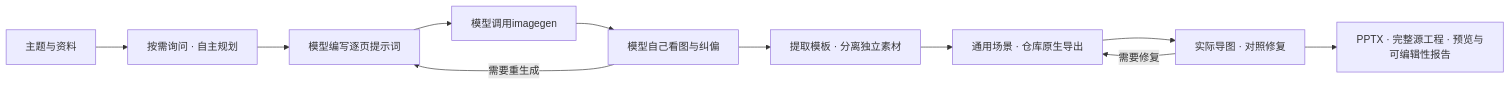
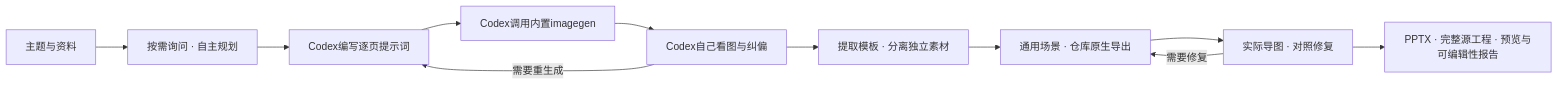
The diagram in README.md (Meyt1n/web-to-editable-slides), drawn with Mermaid before and after one commit. The commit also changed other lines of this file and 11 other files, not shown here.

````diff
--- a/README.md
+++ b/README.md
@@ -27,13 +27,13 @@
 ```mermaid
 flowchart LR
     A[主题与资料] --> B[按需询问 · 自主规划]
-    B --> C[模型编写逐页提示词]
-    C --> D[模型调用imagegen]
-    D --> E[模型自己看图与纠偏]
+    B --> C[Codex编写逐页提示词]
+    C --> D[Codex调用内置imagegen]
+    D --> E[Codex自己看图与纠偏]
     E --> F[提取模板 · 分离独立素材]
     F --> G[通用场景 · 仓库原生导出]
     G --> H[实际导图 · 对照修复]
     H --> I[PPTX · 完整源工程 · 预览与可编辑性报告]
     E -->|需要重生成| C
     H -->|需要修复| G
 ```
````
